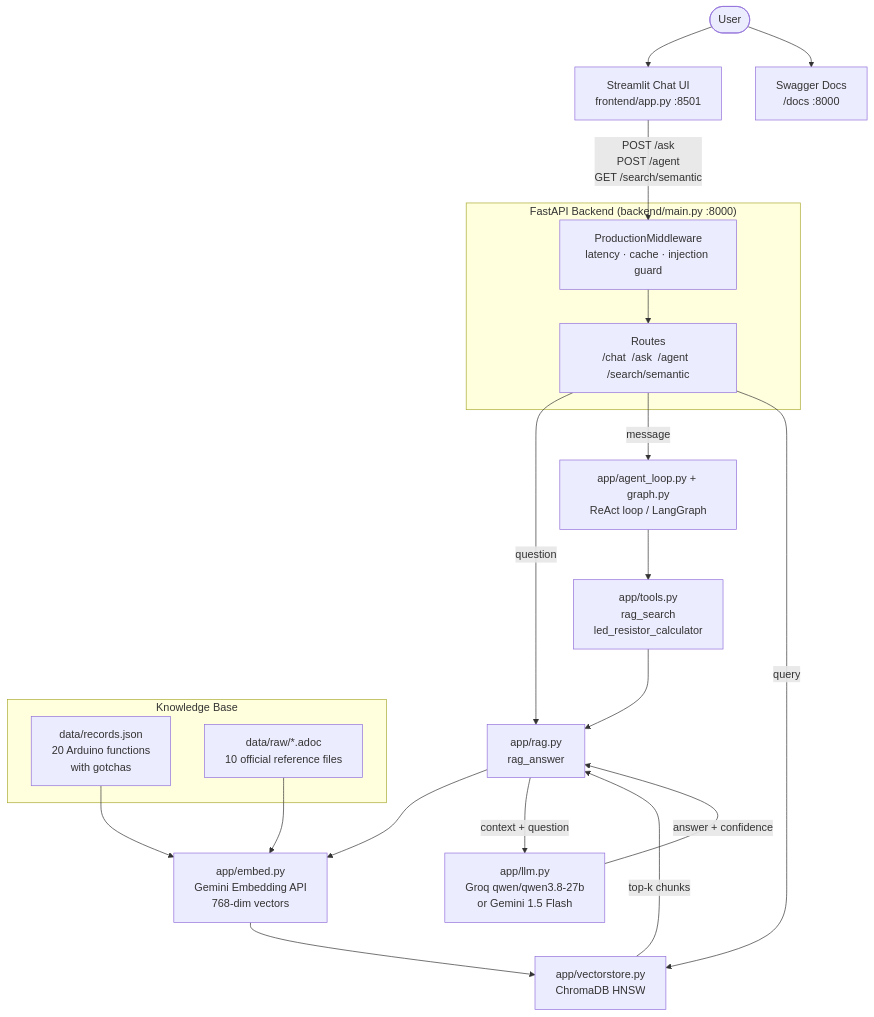
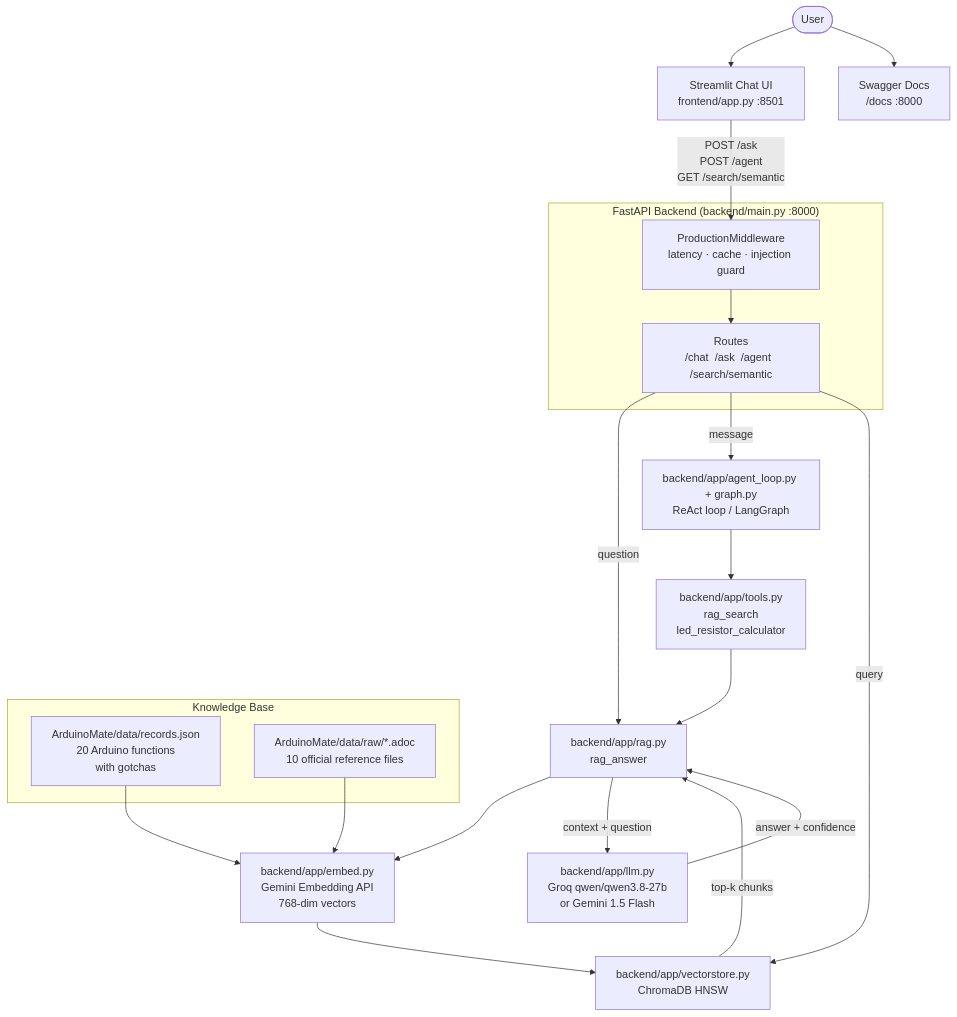
One commit to parthkatore/GENAI changed the diagram in README.md. Above: the diagram before and after it, drawn with Mermaid. The commit also changed other lines of this file and 5 other files, not shown here.

````diff
--- a/README.md
+++ b/README.md
@@ -22,33 +22,33 @@
 ```mermaid
 flowchart TD
     U([User]) --> UI[Streamlit Chat UI\nfrontend/app.py :8501]
     U --> SW[Swagger Docs\n/docs :8000]
 
     UI -->|POST /ask\nPOST /agent\nGET /search/semantic| MW
 
     subgraph API ["FastAPI Backend  (backend/main.py :8000)"]
         MW[ProductionMiddleware\nlatency · cache · injection guard]
         MW --> R[Routes\n/chat  /ask  /agent  /search/semantic]
     end
 
-    R -->|question| RAG[app/rag.py\nrag_answer]
-    R -->|message| AGT[app/agent_loop.py + graph.py\nReAct loop / LangGraph]
-    R -->|query| VS[app/vectorstore.py\nChromaDB HNSW]
+    R -->|question| RAG[backend/app/rag.py\nrag_answer]
+    R -->|message| AGT[backend/app/agent_loop.py + graph.py\nReAct loop / LangGraph]
+    R -->|query| VS[backend/app/vectorstore.py\nChromaDB HNSW]
 
-    RAG --> EMB[app/embed.py\nGemini Embedding API\n768-dim vectors]
-    AGT --> TOOLS[app/tools.py\nrag_search\nled_resistor_calculator]
+    RAG --> EMB[backend/app/embed.py\nGemini Embedding API\n768-dim vectors]
+    AGT --> TOOLS[backend/app/tools.py\nrag_search\nled_resistor_calculator]
     TOOLS --> RAG
 
     EMB --> VS
     VS -->|top-k chunks| RAG
-    RAG -->|context + question| LLM[app/llm.py\nGroq  qwen/qwen3.8-27b\nor Gemini 1.5 Flash]
+    RAG -->|context + question| LLM[backend/app/llm.py\nGroq  qwen/qwen3.8-27b\nor Gemini 1.5 Flash]
     LLM -->|answer + confidence| RAG
 
     subgraph Data ["Knowledge Base"]
-        RJ[data/records.json\n20 Arduino functions\nwith gotchas]
-        AD[data/raw/*.adoc\n10 official reference files]
+        RJ[ArduinoMate/data/records.json\n20 Arduino functions\nwith gotchas]
+        AD[ArduinoMate/data/raw/*.adoc\n10 official reference files]
     end
 
     RJ --> EMB
     AD --> EMB
 ```
````
